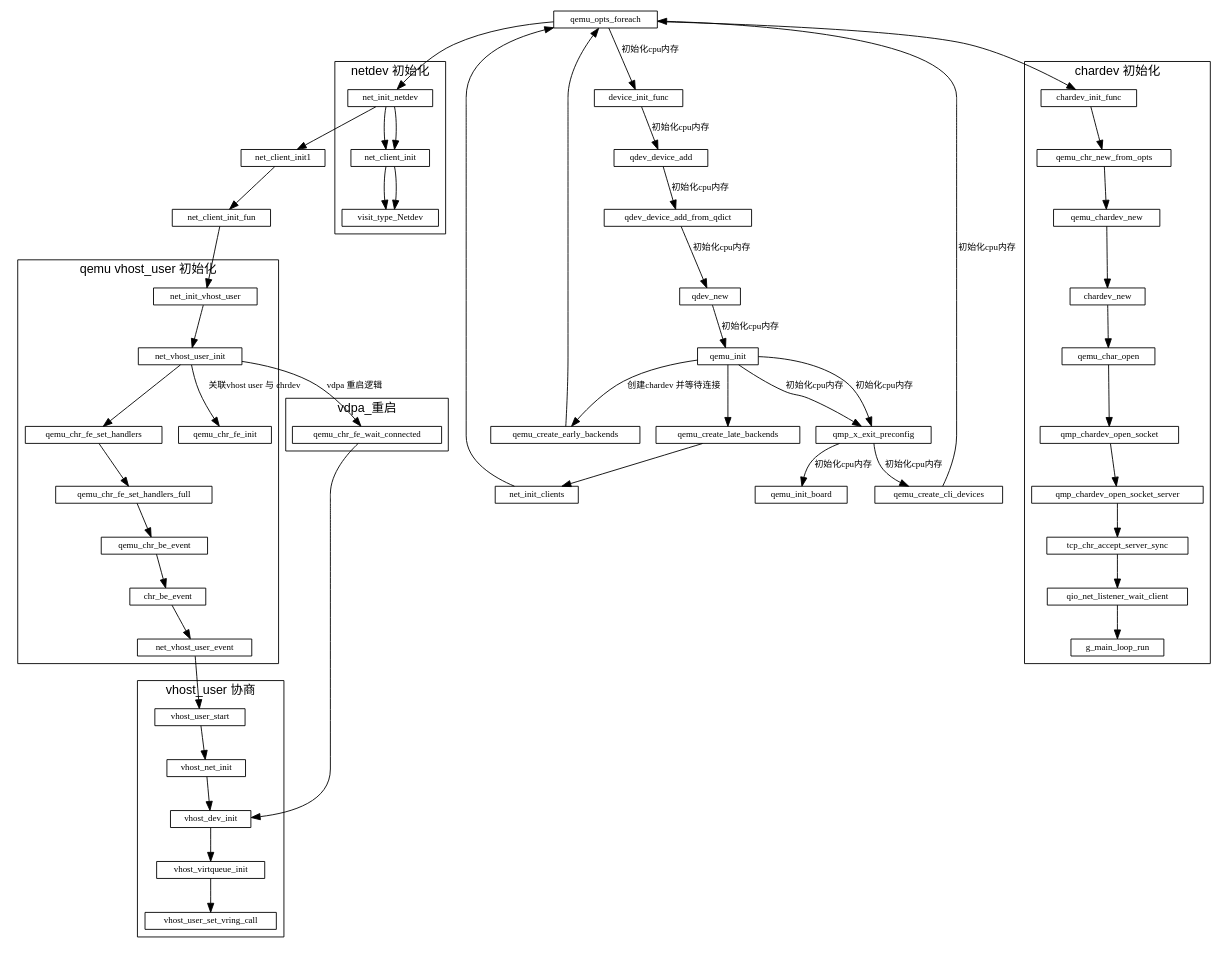
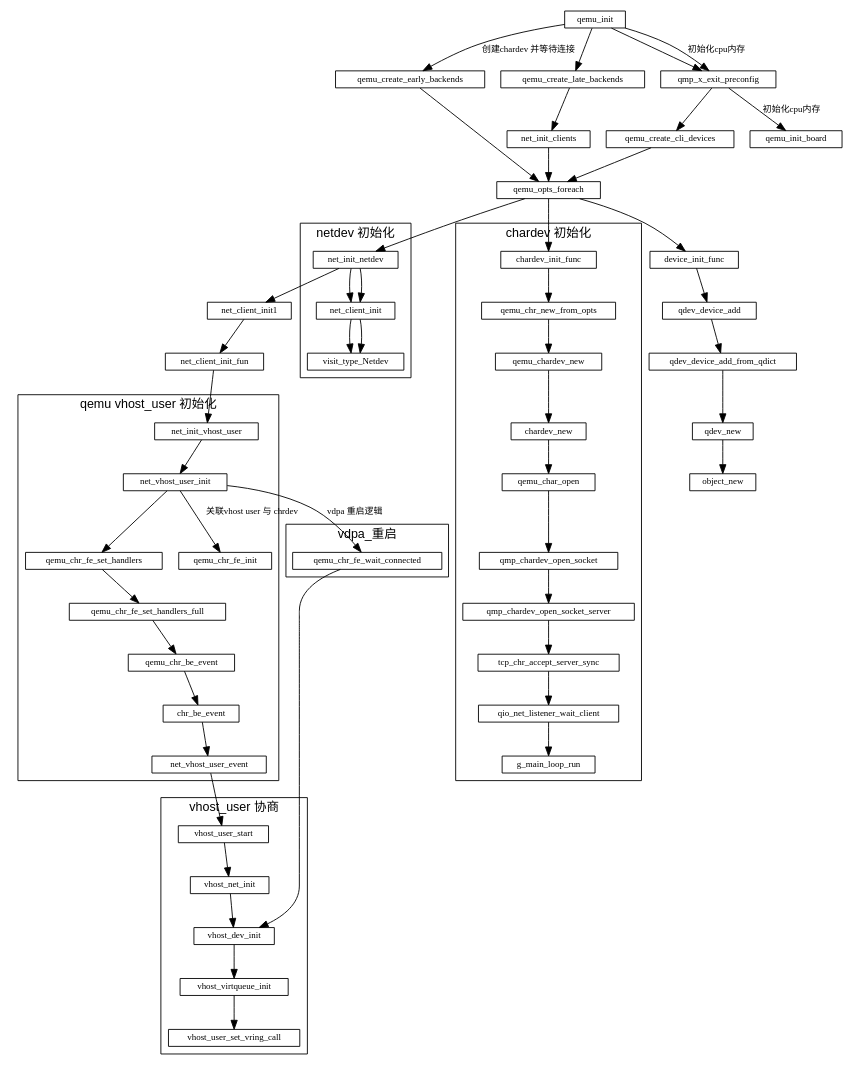
One commit to sisyphus1212/note changed the diagram in qemu/qemu初始化.md. Above: the diagram before and after it, drawn with Graphviz.

Commit message:
auto_update

```diff
--- a/qemu/qemu初始化.md
+++ b/qemu/qemu初始化.md
@@ -99,7 +99,7 @@
               -> qdev_device_add
               -> qdev_device_add_from_qdict
               -> qdev_new
-              ->
+              -> object_new
     qemu_init -> qmp_x_exit_preconfig
               -> qemu_init_board[label="初始化cpu内存"]
 
```
